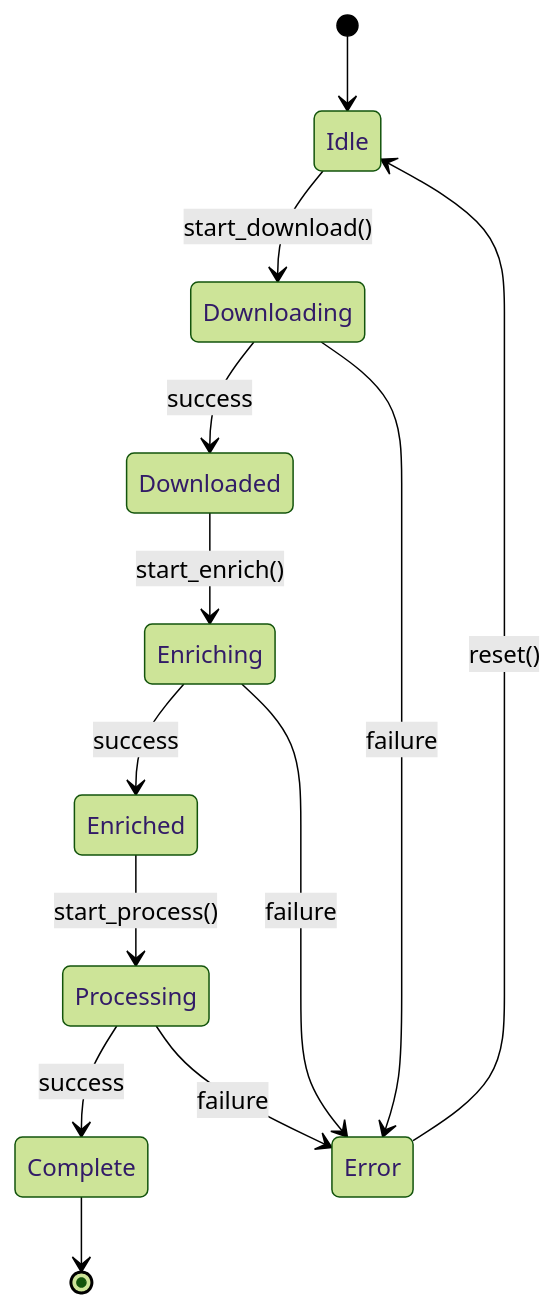
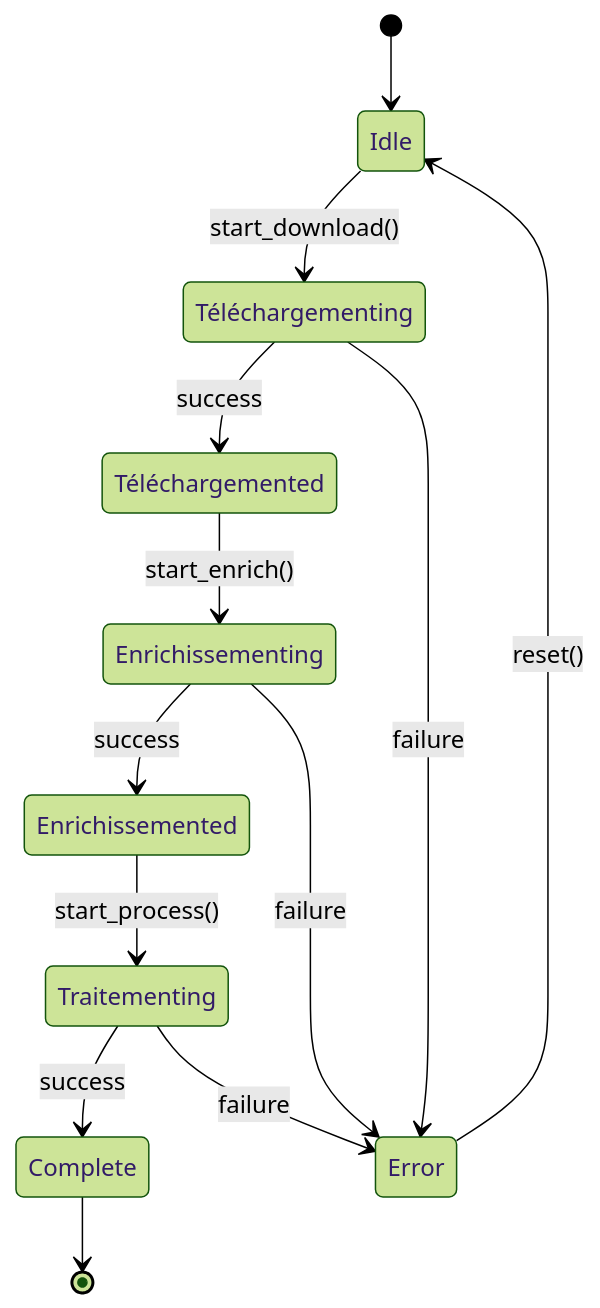
The ninth of 12 diagrams in website/i18n/fr/docusaurus-plugin-content-docs/current/mermaid-reference.md (sducournau/IGN_LIDAR_HD_DATASET), drawn with Mermaid (forest theme) before and after one commit. The commit also changed other lines of this file and 42 other files, not shown here.

````diff
--- a/website/i18n/fr/docusaurus-plugin-content-docs/current/mermaid-reference.md
+++ b/website/i18n/fr/docusaurus-plugin-content-docs/current/mermaid-reference.md
@@ -199,16 +191,16 @@
 ```mermaid
 stateDiagram-v2
     [*] --> Idle
-    Idle --> Downloading : start_download()
-    Downloading --> Downloaded : success
-    Downloaded --> Enriching : start_enrich()
-    Enriching --> Enriched : success
-    Enriched --> Processing : start_process()
-    Processing --> Complete : success
+    Idle --> Téléchargementing : start_download()
+    Téléchargementing --> Téléchargemented : success
+    Téléchargemented --> Enrichissementing : start_enrich()
+    Enrichissementing --> Enrichissemented : success
+    Enrichissemented --> Traitementing : start_process()
+    Traitementing --> Complete : success
     Complete --> [*]
 
-    Downloading --> Error : failure
-    Enriching --> Error : failure
-    Processing --> Error : failure
+    Téléchargementing --> Error : failure
+    Enrichissementing --> Error : failure
+    Traitementing --> Error : failure
     Error --> Idle : reset()
 ```
````
